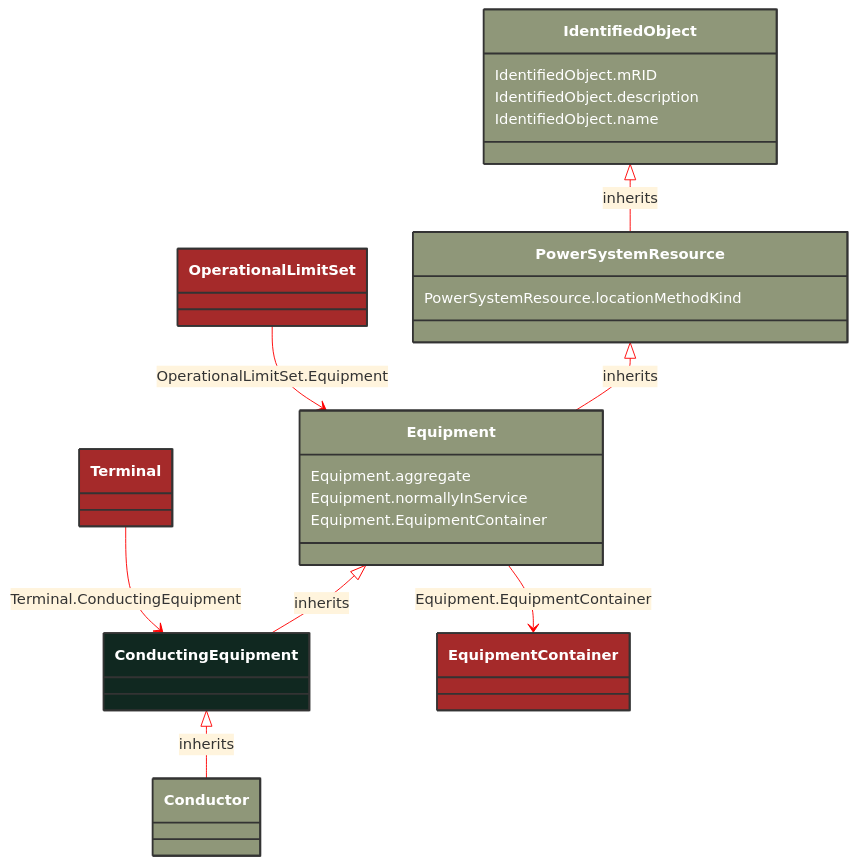
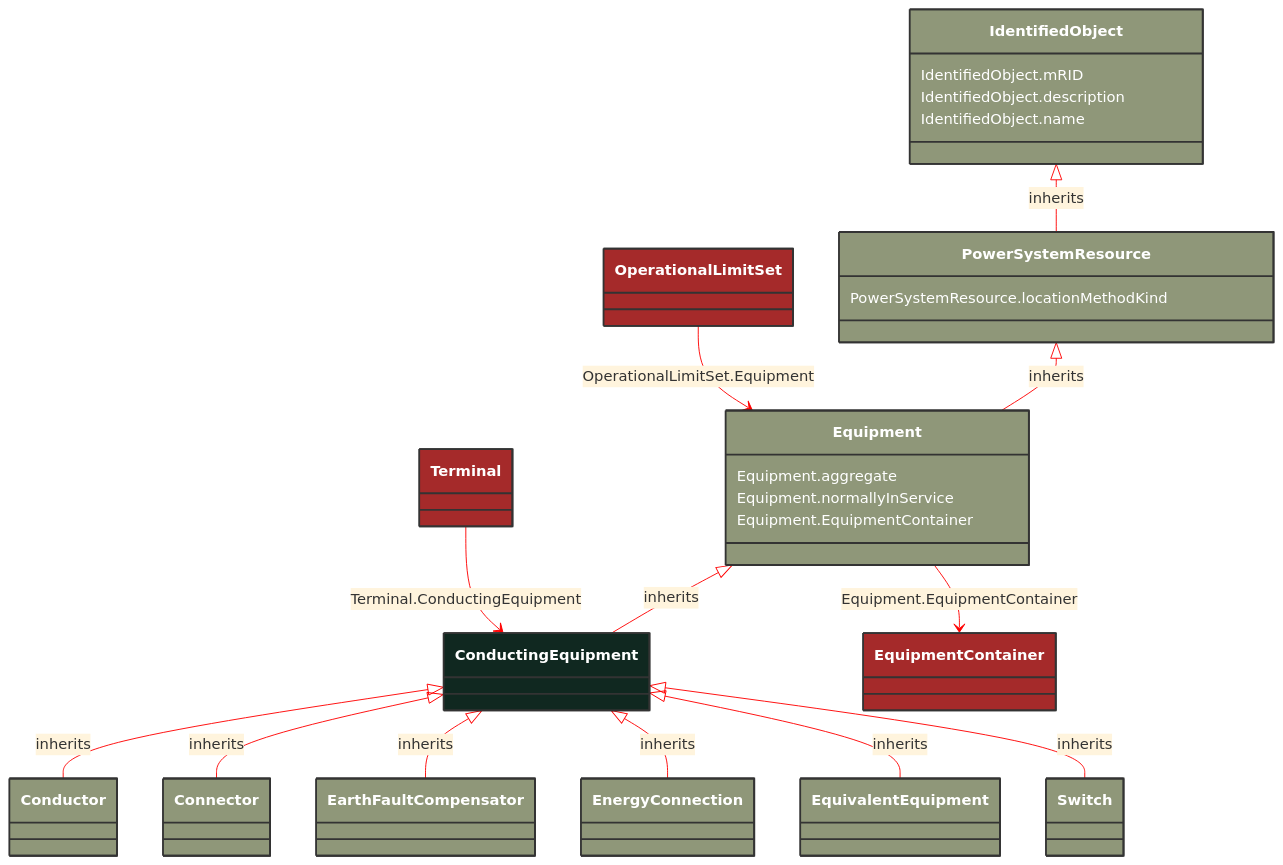
Before and after one commit to 3lbits/NoCIMExtensions: the diagram in docs/Models/Profiles/Telemark-120Equipment/AbstractClasses/ConductingEquipment.md, drawn with Mermaid. The commit also changed 63 other files, not shown here.

````diff
--- a/docs/Models/Profiles/Telemark-120Equipment/AbstractClasses/ConductingEquipment.md
+++ b/docs/Models/Profiles/Telemark-120Equipment/AbstractClasses/ConductingEquipment.md
@@ -10,52 +10,82 @@
 ```mermaid
 %%{init: {'theme':'base','themeVariables': {'lineColor': '#FF0000'}}}%%
 classDiagram
     class ConductingEquipment
     click ConductingEquipment href "/Models/Profiles/Telemark-120Equipment/AbstractClasses/ConductingEquipment/"
     style ConductingEquipment fill:#102820,stroke:#333,stroke-width:2px,rx:10,ry:10,color:white
 
         ConductingEquipment <|-- Conductor : inherits
 
         Conductor
             click Conductor href "/Models/Profiles/Telemark-120Equipment/AbstractClasses/Conductor/"
             style Conductor fill:#8F9779,stroke:#333,stroke-width:2px,rx:10,ry:10,color:white
+
+        ConductingEquipment <|-- Connector : inherits
+
+        Connector
+            click Connector href "/Models/Profiles/Telemark-120Equipment/AbstractClasses/Connector/"
+            style Connector fill:#8F9779,stroke:#333,stroke-width:2px,rx:10,ry:10,color:white
+
+        ConductingEquipment <|-- EarthFaultCompensator : inherits
+
+        EarthFaultCompensator
+            click EarthFaultCompensator href "/Models/Profiles/Telemark-120Equipment/AbstractClasses/EarthFaultCompensator/"
+            style EarthFaultCompensator fill:#8F9779,stroke:#333,stroke-width:2px,rx:10,ry:10,color:white
+
+        ConductingEquipment <|-- EnergyConnection : inherits
+
+        EnergyConnection
+            click EnergyConnection href "/Models/Profiles/Telemark-120Equipment/AbstractClasses/EnergyConnection/"
+            style EnergyConnection fill:#8F9779,stroke:#333,stroke-width:2px,rx:10,ry:10,color:white
+
+        ConductingEquipment <|-- EquivalentEquipment : inherits
+
+        EquivalentEquipment
+            click EquivalentEquipment href "/Models/Profiles/Telemark-120Equipment/AbstractClasses/EquivalentEquipment/"
+            style EquivalentEquipment fill:#8F9779,stroke:#333,stroke-width:2px,rx:10,ry:10,color:white
+
+        ConductingEquipment <|-- Switch : inherits
+
+        Switch
+            click Switch href "/Models/Profiles/Telemark-120Equipment/ConcreteClasses/Switch/"
+            style Switch fill:#8F9779,stroke:#333,stroke-width:2px,rx:10,ry:10,color:white
      
         Equipment <|-- ConductingEquipment : inherits
             click Equipment href "/Models/Profiles/Telemark-120Equipment/AbstractClasses/Equipment/"
             style Equipment fill:#8F9779,stroke:#333,stroke-width:2px,rx:10,ry:10,color:white
      
         PowerSystemResource <|-- Equipment : inherits
             click PowerSystemResource href "/Models/Profiles/Telemark-120Equipment/AbstractClasses/PowerSystemResource/"
             style PowerSystemResource fill:#8F9779,stroke:#333,stroke-width:2px,rx:10,ry:10,color:white
      
         IdentifiedObject <|-- PowerSystemResource : inherits
             click IdentifiedObject href "/Models/Profiles/Telemark-120Equipment/AbstractClasses/IdentifiedObject/"
             style IdentifiedObject fill:#8F9779,stroke:#333,stroke-width:2px,rx:10,ry:10,color:white
 
         Equipment --> EquipmentContainer : Equipment.EquipmentContainer
 
         EquipmentContainer
             click EquipmentContainer href "/Models/Profiles/Telemark-120Equipment/ConcreteClasses/EquipmentContainer/"
             style EquipmentContainer fill:#A52A2A,stroke:#333,stroke-width:2px,rx:10,ry:10,color:white
 
         OperationalLimitSet --> Equipment : OperationalLimitSet.Equipment
 
         OperationalLimitSet
             click OperationalLimitSet href "/Models/Profiles/Telemark-120Equipment/ConcreteClasses/OperationalLimitSet/"
             style OperationalLimitSet fill:#A52A2A,stroke:#333,stroke-width:2px,rx:10,ry:10,color:white
 
         Terminal --> ConductingEquipment : Terminal.ConductingEquipment
 
         Terminal
             click Terminal href "/Models/Profiles/Telemark-120Equipment/ConcreteClasses/Terminal/"
             style Terminal fill:#A52A2A,stroke:#333,stroke-width:2px,rx:10,ry:10,color:white
 
 
         Equipment : Equipment.aggregate
         Equipment : Equipment.normallyInService
         Equipment : Equipment.EquipmentContainer
         PowerSystemResource : PowerSystemResource.locationMethodKind
         IdentifiedObject : IdentifiedObject.mRID
         IdentifiedObject : IdentifiedObject.description
         IdentifiedObject : IdentifiedObject.name
 ```
````
